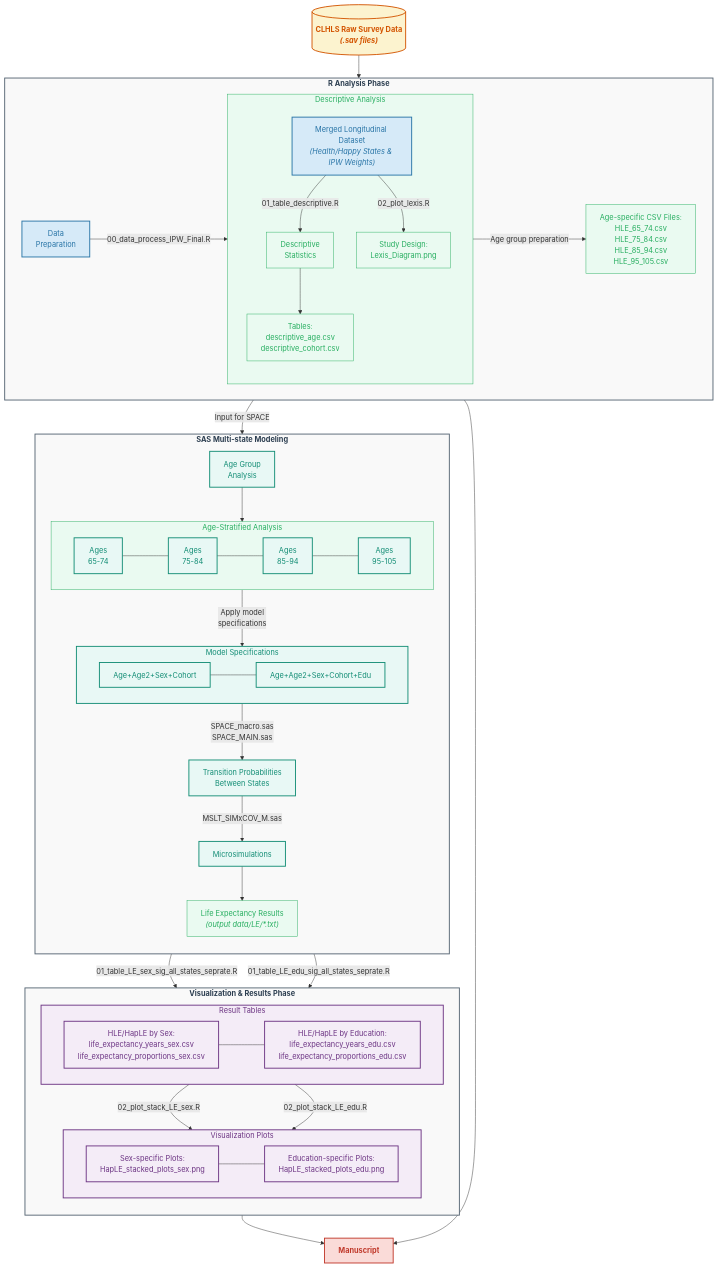
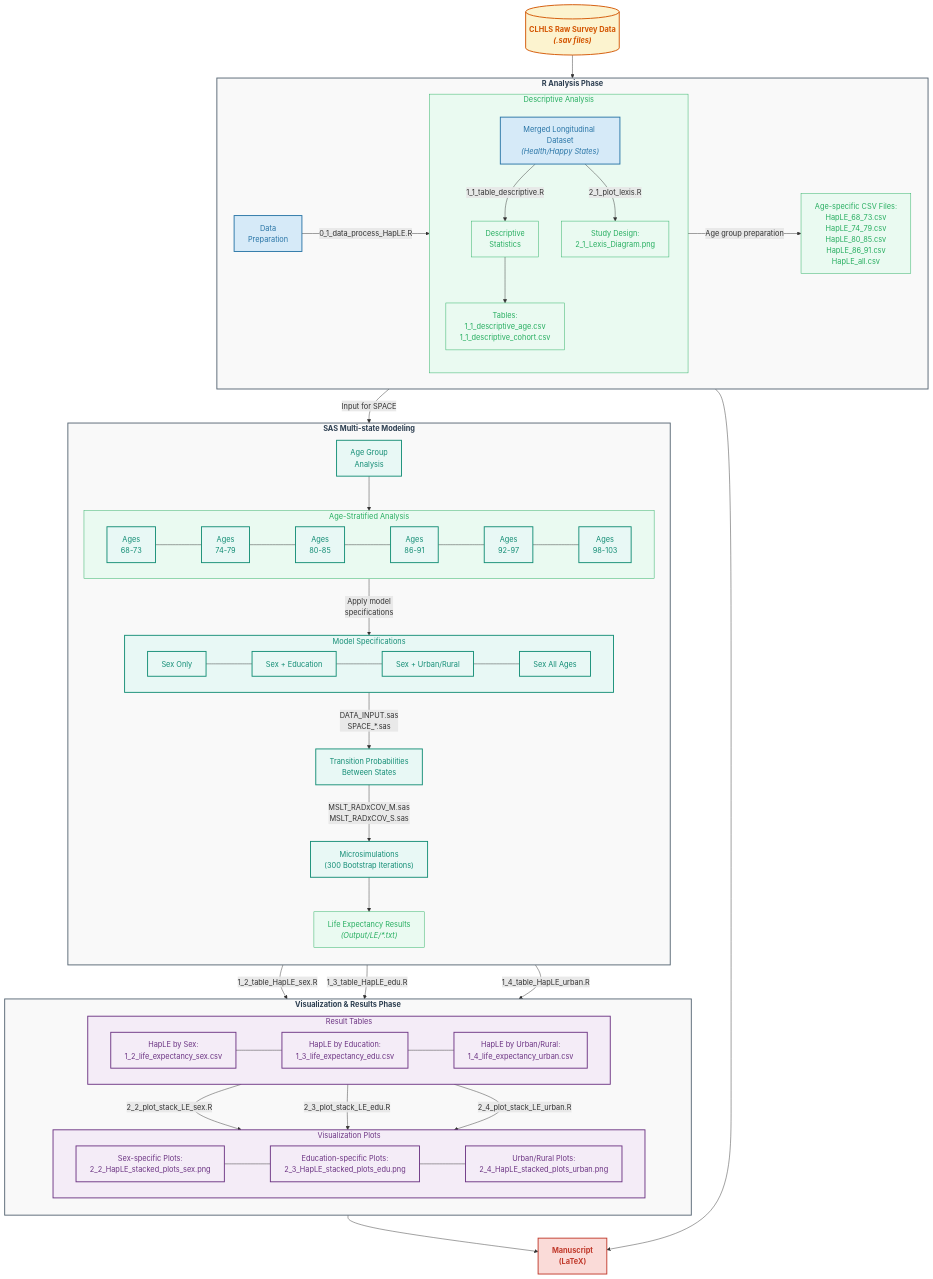
One commit to yxwan7/HapLE_Cohort changed the diagram in README.md. Above: the diagram before and after it, drawn with Mermaid. The commit also changed other lines of this file, not shown here.

````diff
--- a/README.md
+++ b/README.md
@@ -85,16 +107,16 @@
     %% R Processing Section
     subgraph R["R Analysis Phase"]
         direction LR
-        DataPrep --> |"00_data_process_IPW_Final.R"| MergedData["Merged Longitudinal Dataset<br><i>(Health/Happy States & IPW Weights)</i>"]
+        DataPrep --> |"0_1_data_process_HapLE.R"| MergedData["Merged Longitudinal Dataset<br><i>(Health/Happy States)</i>"]
 
         subgraph RAnalysis["Descriptive Analysis"]
             direction TB
-            MergedData --> |"01_table_descriptive.R"| DescStats["Descriptive<br>Statistics"]
-            DescStats --> DescOutput["Tables:<br>descriptive_age.csv<br>descriptive_cohort.csv"]
-            MergedData --> |"02_plot_lexis.R"| LexisPlot["Study Design:<br>Lexis_Diagram.png"]
+            MergedData --> |"1_1_table_descriptive.R"| DescStats["Descriptive<br>Statistics"]
+            DescStats --> DescOutput["Tables:<br>1_1_descriptive_age.csv<br>1_1_descriptive_cohort.csv"]
+            MergedData --> |"2_1_plot_lexis.R"| LexisPlot["Study Design:<br>2_1_Lexis_Diagram.png"]
         end
 
-        MergedData --> |"Age group preparation"| SpaceInput["Age-specific CSV Files:<br>HLE_65_74.csv<br>HLE_75_84.csv<br>HLE_85_94.csv<br>HLE_95_105.csv"]
+        MergedData --> |"Age group preparation"| SpaceInput["Age-specific CSV Files:<br>HapLE_68_73.csv<br>HapLE_74_79.csv<br>HapLE_80_85.csv<br>HapLE_86_91.csv<br>HapLE_all.csv"]
     end
 
     %% SAS Analysis Section
@@ -104,23 +126,26 @@
 
         subgraph AgeGroupsAnalysis["Age-Stratified Analysis"]
             direction LR
-            Age6574["Ages<br>65-74"] --- Age7584["Ages<br>75-84"]
-            Age7584 --- Age8594["Ages<br>85-94"]
-            Age8594 --- Age95105["Ages<br>95-105"]
+            Age6873["Ages<br>68-73"] --- Age7479["Ages<br>74-79"]
+            Age7479 --- Age8085["Ages<br>80-85"]
+            Age8085 --- Age8691["Ages<br>86-91"]
+            Age8691 --- Age9297["Ages<br>92-97"]
+            Age9297 --- Age98103["Ages<br>98-103"]
         end
 
         AgeGroups --> AgeGroupsAnalysis
 
         subgraph Models["Model Specifications"]
             direction LR
-            ModelType1["Age+Age2+Sex+Cohort"] --- ModelType2[""Age+Age2+Sex+Cohort+Edu""]
-            ModelType2
+            ModelType1["Sex Only"] --- ModelType2["Sex + Education"]
+            ModelType2 --- ModelType3["Sex + Urban/Rural"]
+            ModelType3 --- ModelType4["Sex All Ages"]
         end
 
         AgeGroupsAnalysis --> |"Apply model<br>specifications"| Models
-        Models --> |"SPACE_macro.sas<br>SPACE_MAIN.sas"| TransRates["Transition Probabilities<br>Between States"]
-        TransRates --> |"MSLT_SIMxCOV_M.sas"| PartialLife["Microsimulations"]
-        PartialLife --> LE_Results["Life Expectancy Results<br><i>(output data/LE/*.txt)</i>"]
+        Models --> |"DATA_INPUT.sas<br>SPACE_*.sas"| TransRates["Transition Probabilities<br>Between States"]
+        TransRates --> |"MSLT_RADxCOV_M.sas<br>MSLT_RADxCOV_S.sas"| PartialLife["Microsimulations<br>(300 Bootstrap Iterations)"]
+        PartialLife --> LE_Results["Life Expectancy Results<br><i>(Output/LE/*.txt)</i>"]
     end
 
     %% Final Visualization & Results
@@ -128,22 +153,26 @@
         direction TB
         subgraph Tables["Result Tables"]
             direction LR
-            HLESexTables["HLE/HapLE by Sex:<br>life_expectancy_years_sex.csv<br>life_expectancy_proportions_sex.csv"] --- HLEEduTables["HLE/HapLE by Education:<br>life_expectancy_years_edu.csv<br>life_expectancy_proportions_edu.csv"]
+            HLESexTables["HapLE by Sex:<br>1_2_life_expectancy_sex.csv"] --- HLEEduTables["HapLE by Education:<br>1_3_life_expectancy_edu.csv"]
+            HLEEduTables --- HLEUrbanTables["HapLE by Urban/Rural:<br>1_4_life_expectancy_urban.csv"]
         end
 
         subgraph Plots["Visualization Plots"]
             direction LR
-            HLESexPlots["Sex-specific Plots:<br>HapLE_stacked_plots_sex.png"] --- HLEEduPlots["Education-specific Plots:<br>HapLE_stacked_plots_edu.png"]
+            HLESexPlots["Sex-specific Plots:<br>2_2_HapLE_stacked_plots_sex.png"] --- HLEEduPlots["Education-specific Plots:<br>2_3_HapLE_stacked_plots_edu.png"]
+            HLEEduPlots --- HLEUrbanPlots["Urban/Rural Plots:<br>2_4_HapLE_stacked_plots_urban.png"]
         end
 
-        LE_Results --> |"01_table_LE_sex_sig_all_states_seprate.R"| HLESexTables
-        LE_Results --> |"01_table_LE_edu_sig_all_states_seprate.R"| HLEEduTables
-        HLESexTables --> |"02_plot_stack_LE_sex.R"| HLESexPlots
-        HLEEduTables --> |"02_plot_stack_LE_edu.R"| HLEEduPlots
+        LE_Results --> |"1_2_table_HapLE_sex.R"| HLESexTables
+        LE_Results --> |"1_3_table_HapLE_edu.R"| HLEEduTables
+        LE_Results --> |"1_4_table_HapLE_urban.R"| HLEUrbanTables
+        HLESexTables --> |"2_2_plot_stack_LE_sex.R"| HLESexPlots
+        HLEEduTables --> |"2_3_plot_stack_LE_edu.R"| HLEEduPlots
+        HLEUrbanTables --> |"2_4_plot_stack_LE_urban.R"| HLEUrbanPlots
     end
 
     %% Manuscript Preparation
-    Plots --> Manuscript["Manuscript"]
+    Plots --> Manuscript["Manuscript<br>(LaTeX)"]
     DescOutput --> Manuscript
 
     %% Styling
@@ -160,9 +189,9 @@
     class R,SAS,Visualization phase
     class AgeGroups,Models,TransRates,PartialLife analysis
     class DescStats,LexisPlot,DescOutput,AgeGroupsAnalysis,SpaceInput intermediateResult
-    class HLESexTables,HLEEduTables,HLESexPlots,HLEEduPlots,Tables,Plots results
+    class HLESexTables,HLEEduTables,HLEUrbanTables,HLESexPlots,HLEEduPlots,HLEUrbanPlots,Tables,Plots results
     class Manuscript manuscript
-    class Age6574,Age7584,Age8594,Age95105 analysis
-    class ModelType1,ModelType2,ModelType3 analysis
+    class Age6873,Age7479,Age8085,Age8691,Age9297,Age98103 analysis
+    class ModelType1,ModelType2,ModelType3,ModelType4 analysis
     class LE_Results,RAnalysis intermediateResult
 ```
````
